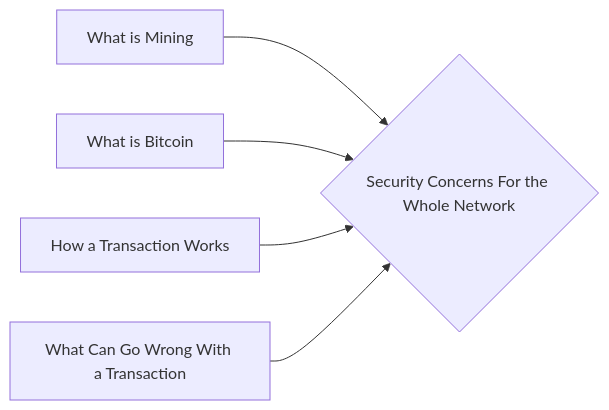
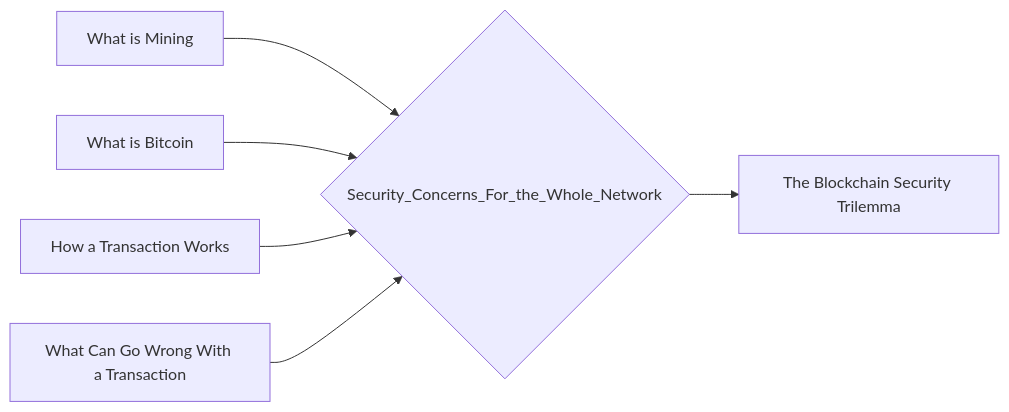
One commit to lpurdy01/crypto-knowledge-map changed the diagram in notes/Security_Concerns_For_the_Whole_Network.md. Above: the diagram before and after it, drawn with Mermaid. The commit also changed 161 other files, not shown here.

````diff
--- a/notes/Security_Concerns_For_the_Whole_Network.md
+++ b/notes/Security_Concerns_For_the_Whole_Network.md
@@ -15,7 +15,8 @@
 ```mermaid
 graph LR
-1["What is Mining"]-->0{"Security Concerns For the Whole Network"}
-2["What is Bitcoin"]-->0{"Security Concerns For the Whole Network"}
-3["How a Transaction Works"]-->0{"Security Concerns For the Whole Network"}
-4["What Can Go Wrong With a Transaction"]-->0{"Security Concerns For the Whole Network"}
+1["What is Mining"]-->0{"Security_Concerns_For_the_Whole_Network"}
+2["What is Bitcoin"]-->0{"Security_Concerns_For_the_Whole_Network"}
+3["How a Transaction Works"]-->0{"Security_Concerns_For_the_Whole_Network"}
+4["What Can Go Wrong With a Transaction"]-->0{"Security_Concerns_For_the_Whole_Network"}
+0{"Security_Concerns_For_the_Whole_Network"}-->5["The Blockchain Security Trilemma"]
 ```
````
